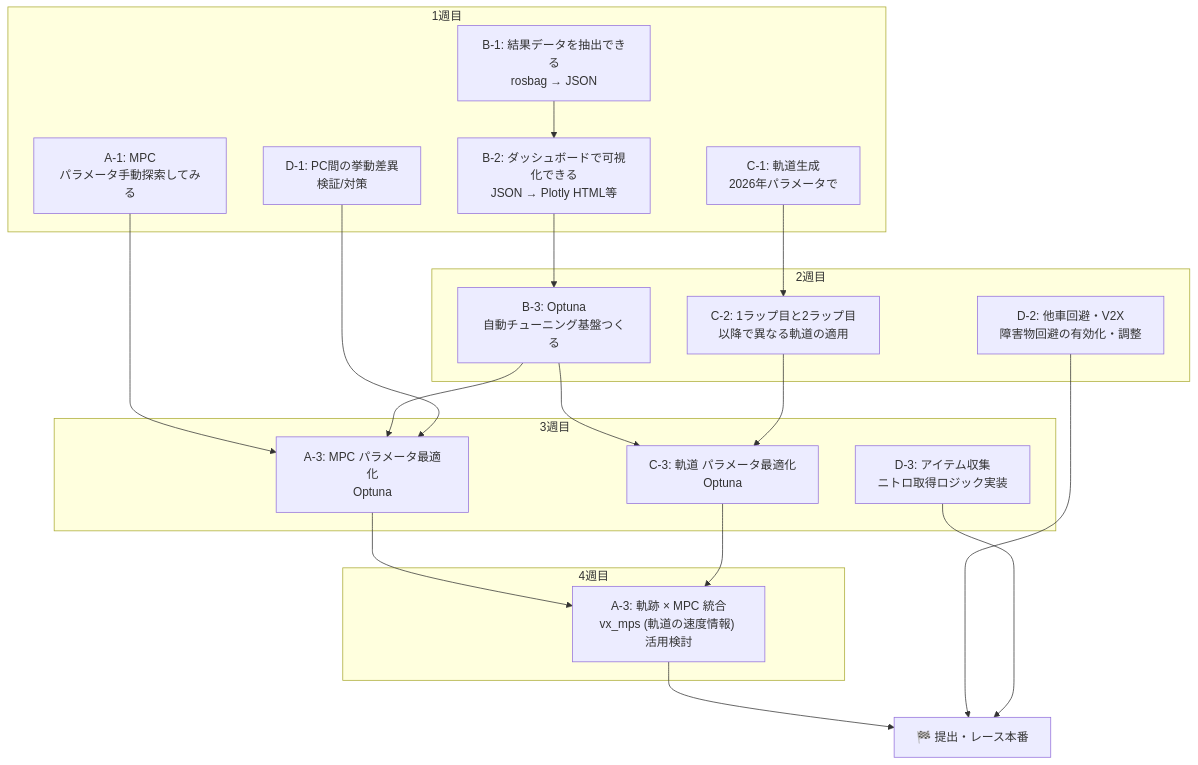
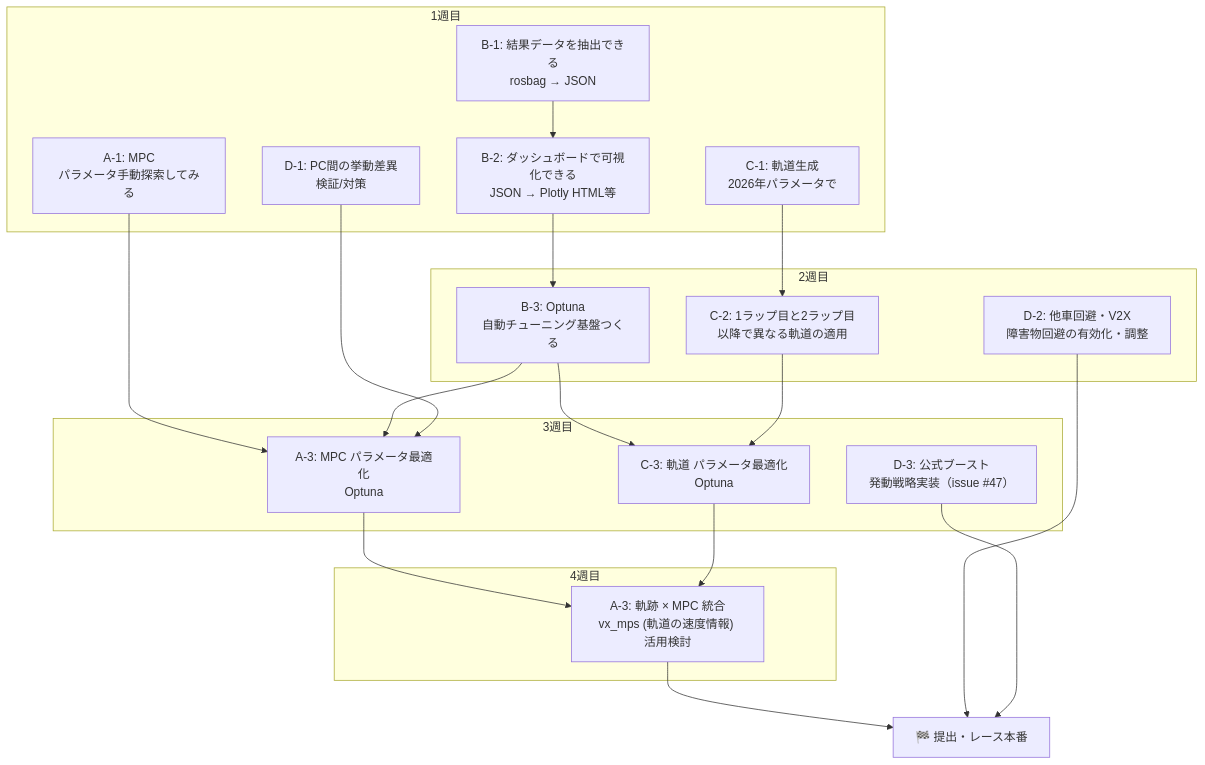
The second of 2 diagrams in docs/spec/strategy.md (pathfinders-lab/aichallenge-racingkart), drawn with Mermaid before and after one commit. The commit also changed other lines of this file, not shown here.

````diff
--- a/docs/spec/strategy.md
+++ b/docs/spec/strategy.md
@@ -1166,42 +1182,42 @@
 ```mermaid
 graph TD
     subgraph P1["1週目"]
         B1["B-1: 結果データを抽出できる<br/>rosbag → JSON"]
         B2["B-2: ダッシュボードで可視化できる<br/>JSON → Plotly HTML等"]
         A1["A-1: MPC<br/>パラメータ手動探索してみる"]
         C1["C-1: 軌道生成<br/>2026年パラメータで"]
         D1["D-1: PC間の挙動差異<br/>検証/対策"]
     end
 
     subgraph P2["2週目"]
         B3["B-3: Optuna<br/>自動チューニング基盤つくる"]
         C2["C-2: 1ラップ目と2ラップ目以降で異なる軌道の適用"]
         D2["D-2: 他車回避・V2X<br/>障害物回避の有効化・調整"]
     end
 
     subgraph P3["3週目"]
         A3["A-3: MPC パラメータ最適化<br/>Optuna"]
         C3["C-3: 軌道 パラメータ最適化<br/>Optuna"]
-        D3["D-3: アイテム収集<br/>ニトロ取得ロジック実装"]
+        D3["D-3: 公式ブースト<br/>発動戦略実装（issue #47）"]
     end
 
     subgraph P4["4週目"]
         A4["A-3: 軌跡 × MPC 統合<br/>vx_mps (軌道の速度情報) 活用検討"]
     end
 
     SUBMIT["🏁 提出・レース本番"]
 
     B1 --> B2
     B2 --> B3
     A1 --> A3
     B3 --> A3
     B3 --> C3
     A3 --> A4
     C1 --> C2
     C2 --> C3
     C3 --> A4
     A4 --> SUBMIT
     D1 --> A3
     D2 --> SUBMIT
     D3 --> SUBMIT
 ```
````
